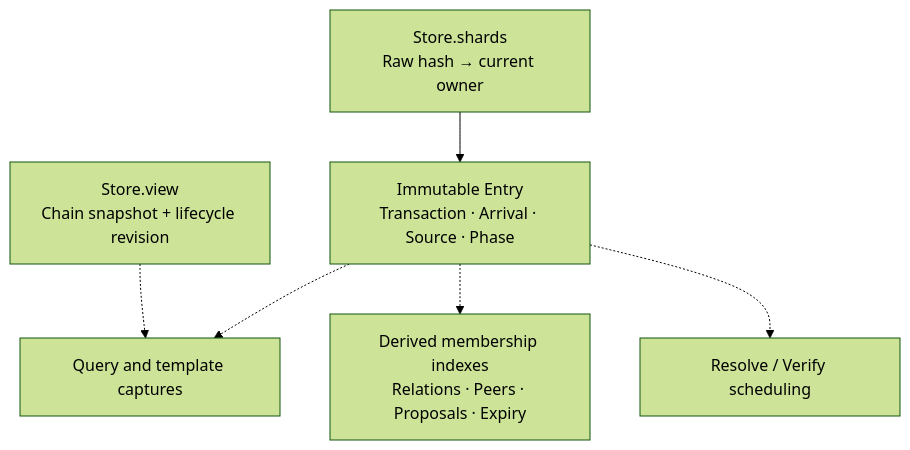
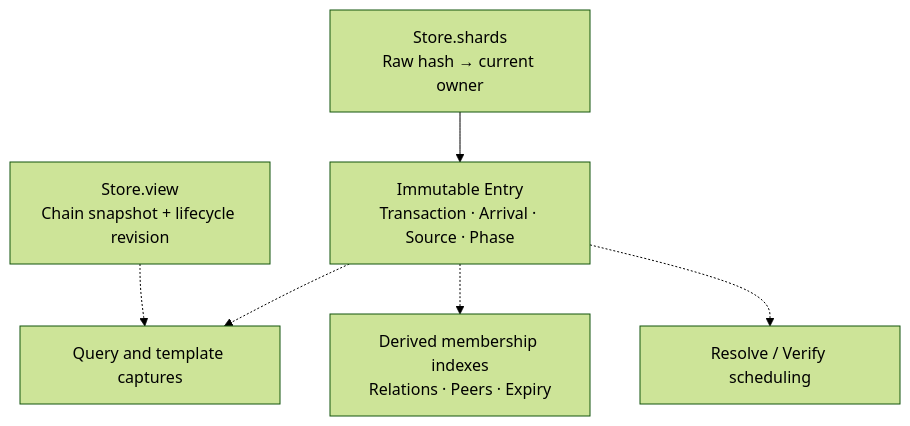
One commit to nervosnetwork/ckb changed the second of 2 diagrams in tx-pool/docs/ARCHITECTURE.md. Above: the diagram before and after it, drawn with Mermaid (forest theme). The commit also changed 18 other files, not shown here.

````diff
--- a/tx-pool/docs/ARCHITECTURE.md
+++ b/tx-pool/docs/ARCHITECTURE.md
@@ -45,8 +45,8 @@
 ```mermaid
 flowchart TB
     O["Store.shards<br/>Raw hash → current owner"] --> E["Immutable Entry<br/>Transaction · Arrival · Source · Phase"]
     V["Store.view<br/>Chain snapshot + lifecycle revision"] -.-> P["Query and template captures"]
     E -.-> P
-    E -.-> I["Derived membership indexes<br/>Relations · Peers · Proposals · Expiry"]
+    E -.-> I["Derived membership indexes<br/>Relations · Peers · Expiry"]
     E -.-> Q["Resolve / Verify scheduling"]
 ```
````
